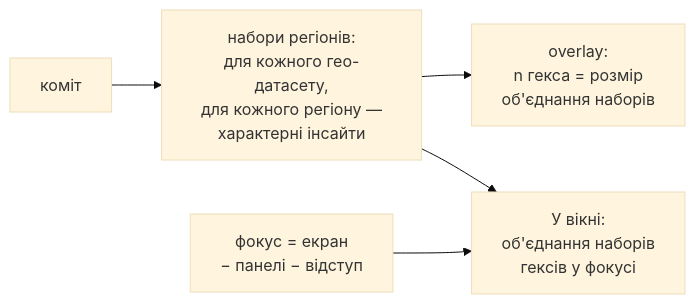
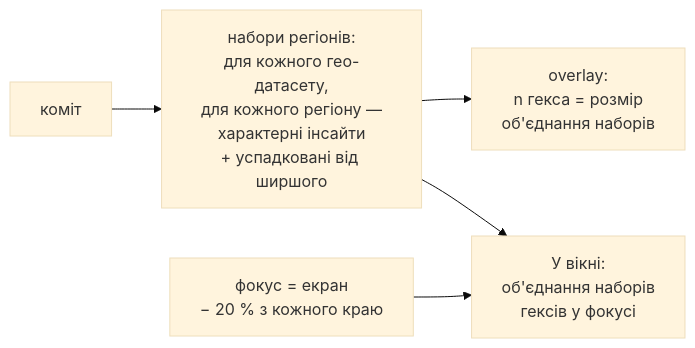
Before and after one commit to woldemarg/proj_sig: the diagram in docs/decisions/ADR-195-Map-Hexes-And-In-View.md, drawn with Mermaid (base theme). The commit also changed other lines of this file and 3 other files, not shown here.

````diff
--- a/docs/decisions/ADR-195-Map-Hexes-And-In-View.md
+++ b/docs/decisions/ADR-195-Map-Hexes-And-In-View.md
@@ -103,7 +103,7 @@
 ```mermaid
 flowchart LR
-  C[коміт] --> S["набори регіонів:<br/>для кожного гео-датасету,<br/>для кожного регіону —<br/>характерні інсайти"]
+  C[коміт] --> S["набори регіонів:<br/>для кожного гео-датасету,<br/>для кожного регіону —<br/>характерні інсайти<br/>+ успадковані від ширшого"]
   S --> O["overlay:<br/>n гекса = розмір<br/>об'єднання наборів"]
   S --> W["У вікні:<br/>об'єднання наборів<br/>гексів у фокусі"]
-  F["фокус = екран<br/>− панелі − відступ"] --> W
+  F["фокус = екран<br/>− 20 % з кожного краю"] --> W
 ```
````
